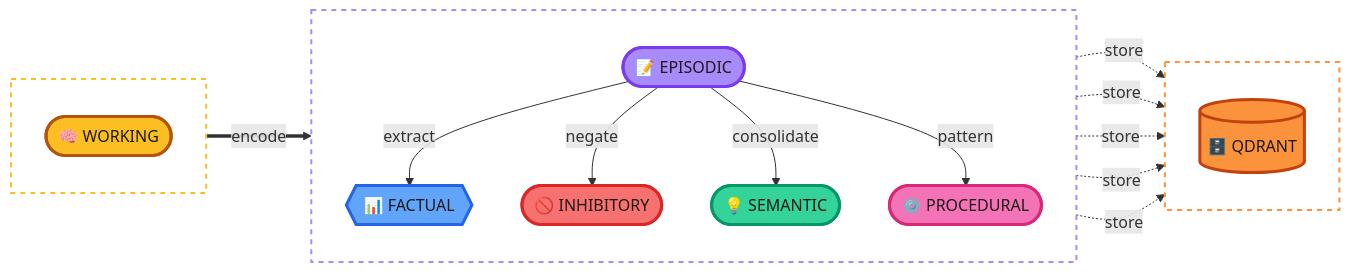
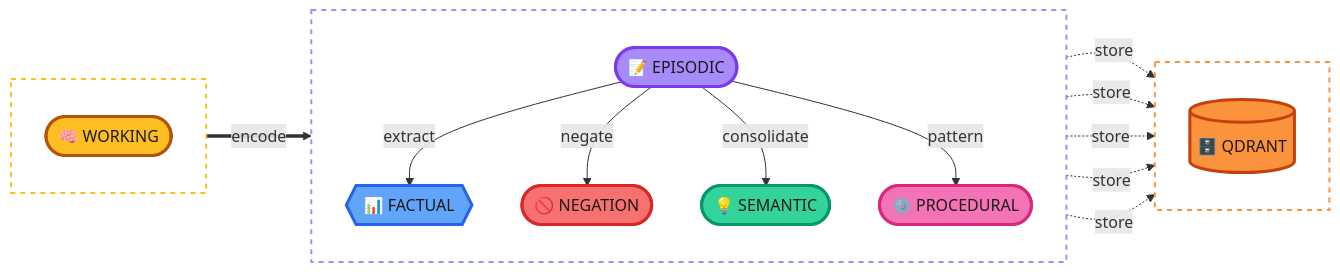
One commit to ashita-ai/engram changed the diagram in README.md. Above: the diagram before and after it, drawn with Mermaid. The commit also changed other lines of this file and 18 other files, not shown here.

First line of the commit message:
Rename InhibitoryFact to NegationFact and clarify neuroscience claims

````diff
--- a/README.md
+++ b/README.md
@@ -62,45 +62,45 @@
 ```mermaid
 flowchart LR
     subgraph INPUT [" "]
         direction TB
         WM([🧠 WORKING])
     end
 
     subgraph CORE [" "]
         direction TB
         EP([📝 EPISODIC])
         FACT{{📊 FACTUAL}}
         SEM([💡 SEMANTIC])
         PROC([⚙️ PROCEDURAL])
-        INH([🚫 INHIBITORY])
+        NEG([🚫 NEGATION])
     end
 
     subgraph STORE [" "]
         direction TB
         QD[(🗄️ QDRANT)]
     end
 
     WM ==>|encode| EP
     EP -->|extract| FACT
-    EP -->|negate| INH
+    EP -->|negate| NEG
     EP -->|consolidate| SEM
     EP -->|pattern| PROC
 
     EP -.->|store| QD
     FACT -.->|store| QD
     SEM -.->|store| QD
     PROC -.->|store| QD
-    INH -.->|store| QD
+    NEG -.->|store| QD
 
     style WM fill:#fbbf24,stroke:#b45309,stroke-width:3px,color:#1c1917
     style EP fill:#a78bfa,stroke:#7c3aed,stroke-width:3px,color:#1c1917
     style FACT fill:#60a5fa,stroke:#2563eb,stroke-width:3px,color:#1c1917
     style SEM fill:#34d399,stroke:#059669,stroke-width:3px,color:#1c1917
     style PROC fill:#f472b6,stroke:#db2777,stroke-width:3px,color:#1c1917
-    style INH fill:#f87171,stroke:#dc2626,stroke-width:3px,color:#1c1917
+    style NEG fill:#f87171,stroke:#dc2626,stroke-width:3px,color:#1c1917
     style QD fill:#fb923c,stroke:#c2410c,stroke-width:3px,color:#1c1917
 
     style INPUT fill:transparent,stroke:#fbbf24,stroke-width:2px,stroke-dasharray:5
     style CORE fill:transparent,stroke:#a78bfa,stroke-width:2px,stroke-dasharray:5
     style STORE fill:transparent,stroke:#fb923c,stroke-width:2px,stroke-dasharray:5
 ```
````
